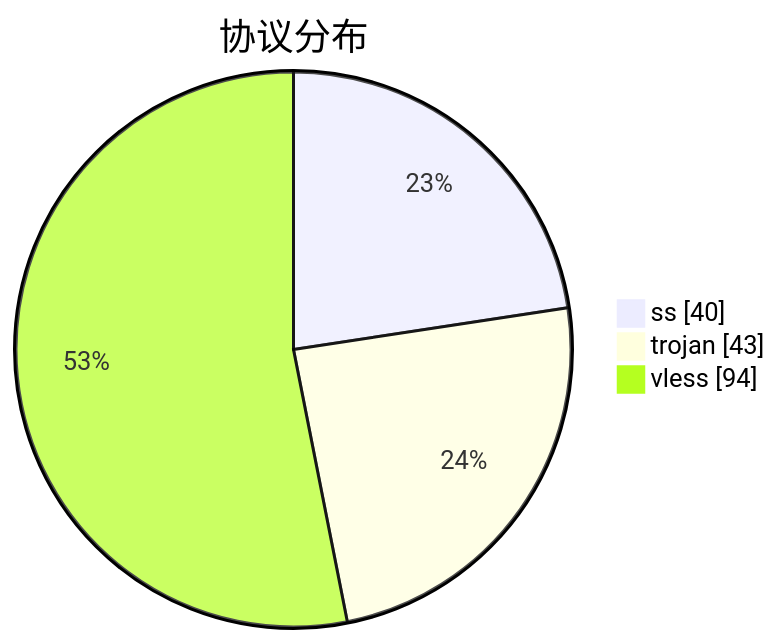
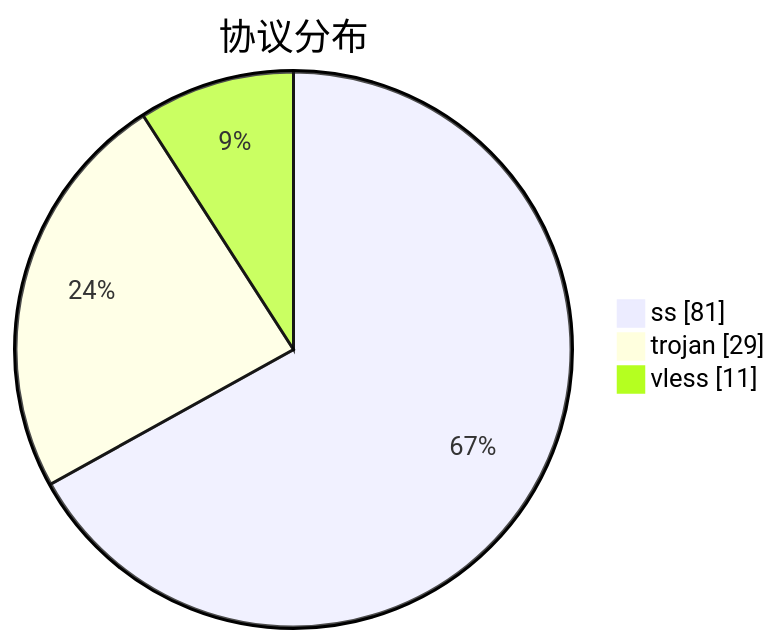
The third of 3 diagrams in subs/statistics/tested_within.md (qjlxg/airport), drawn with Mermaid before and after one commit. The commit also changed other lines of this file and 2 other files, not shown here.

````diff
--- a/subs/statistics/tested_within.md
+++ b/subs/statistics/tested_within.md
@@ -27,7 +31,7 @@
 ```mermaid
 pie showData
 title 协议分布
-"ss" : 40
-"trojan" : 43
-"vless" : 94
+"ss" : 81
+"trojan" : 29
+"vless" : 11
 ```
````
